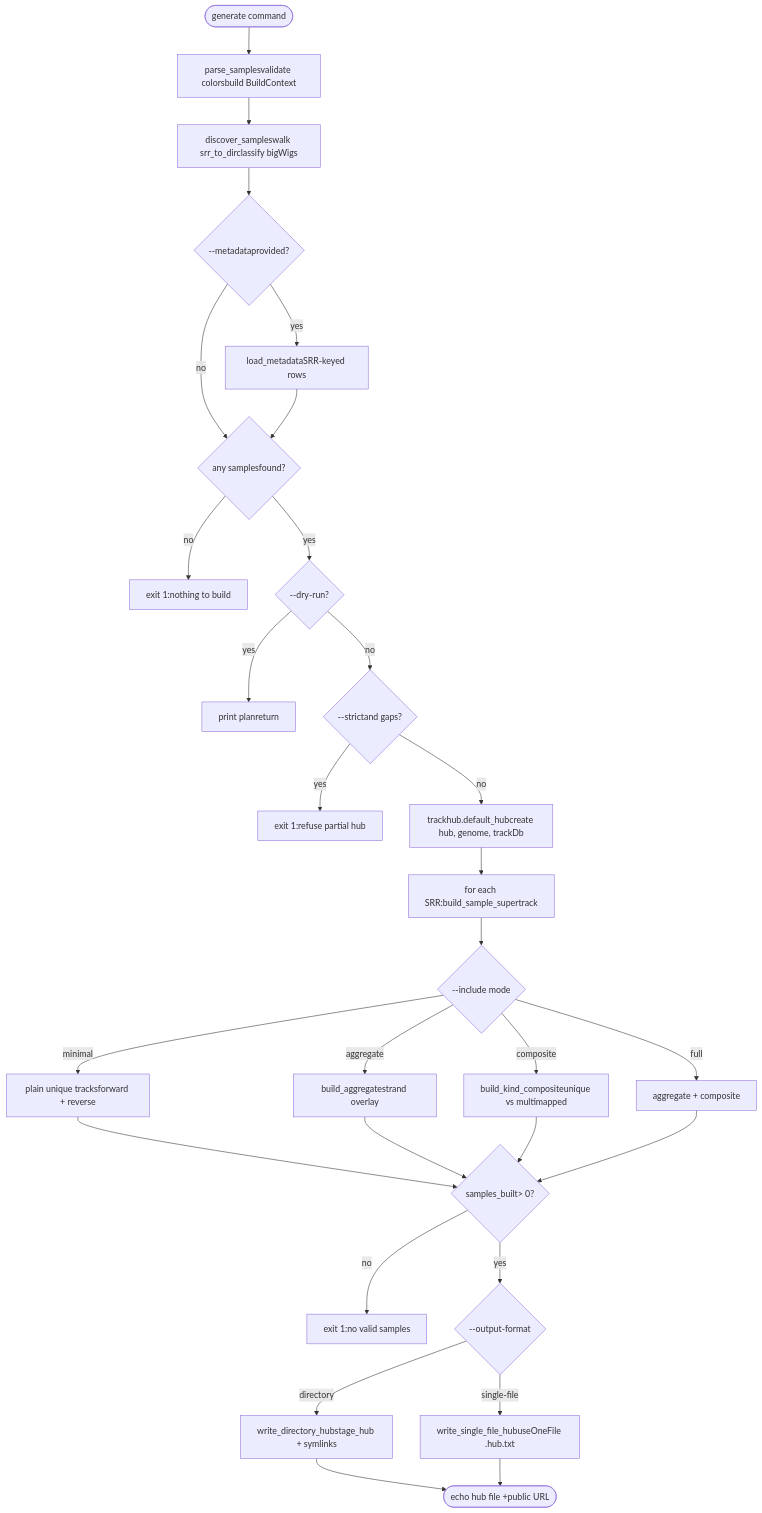
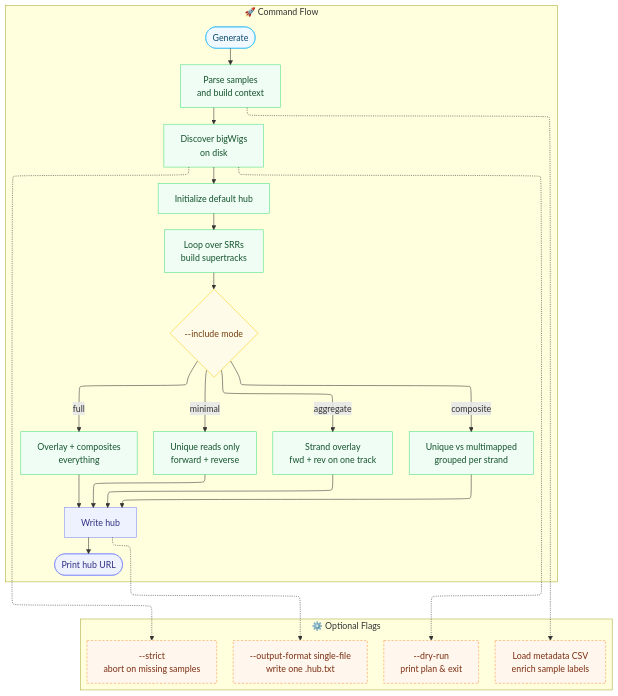
The diagram in README.md (thibautackaert-commits/Internship), drawn with Mermaid before and after one commit.

````diff
--- a/README.md
+++ b/README.md
@@ -6,40 +6,40 @@
 ```mermaid
 flowchart TD
-    Start([generate command]) --> Parse[parse_samplesvalidate colorsbuild BuildContext]
-    Parse --> Discover[discover_sampleswalk srr_to_dirclassify bigWigs]
-    Discover --> LoadMeta{--metadataprovided?}
-    LoadMeta -->|yes| Meta[load_metadataSRR-keyed rows]
-    LoadMeta -->|no| FoundCheck
-    Meta --> FoundCheck{any samplesfound?}
+    %%{init: {"layout": "elk"}}%%
+    classDef input stroke:#38bdf8,fill:#f0f9ff,color:#0c4a6e
+    classDef process stroke:#4ade80,fill:#f0fdf4,color:#14532d
+    classDef decision stroke:#facc15,fill:#fefce8,color:#713f12
+    classDef output stroke:#818cf8,fill:#eef2ff,color:#312e81
+    classDef optional stroke:#fb923c,fill:#fff7ed,color:#7c2d12,stroke-dasharray:4 3
 
-    FoundCheck -->|no| Exit1[exit 1:nothing to build]
-    FoundCheck -->|yes| DryRun{--dry-run?}
+    subgraph "🚀 Command Flow"
+        Start([Generate]):::input --> Parse[Parse samples<br/>and build context]:::process
+        Parse --> Discover[Discover bigWigs<br/>on disk]:::process
+        Discover --> Init[Initialize default hub]:::process
+        Init --> Loop[Loop over SRRs<br/>build supertracks]:::process
+        Loop --> Mode{--include mode}:::decision
 
-    DryRun -->|yes| PrintPlan[print planreturn]
-    DryRun -->|no| Strict{--strictand gaps?}
+        Mode -->|minimal| Min[Unique reads only<br/>forward + reverse]:::process
+        Mode -->|aggregate| Agg[Strand overlay<br/>fwd + rev on one track]:::process
+        Mode -->|composite| Comp[Unique vs multimapped<br/>grouped per strand]:::process
+        Mode -->|full| Full[Overlay + composites<br/>everything]:::process
 
-    Strict -->|yes| Exit2[exit 1:refuse partial hub]
-    Strict -->|no| DefaultHub[trackhub.default_hubcreate hub, genome, trackDb]
+        Min --> Write[Write hub]:::output
+        Agg --> Write
+        Comp --> Write
+        Full --> Write
+        Write --> End([Print hub URL]):::output
+    end
 
-    DefaultHub --> Loop[for each SRR:build_sample_supertrack]
+    subgraph "⚙️ Optional Flags"
+        Meta[Load metadata CSV<br/>enrich sample labels]:::optional
+        Dry[--dry-run<br/>print plan & exit]:::optional
+        Strict[--strict<br/>abort on missing samples]:::optional
+        Single[--output-format single-file<br/>write one .hub.txt]:::optional
+    end
 
-    Loop --> Include{--include mode}
-    Include -->|minimal| Minimal[plain unique tracksforward + reverse]
-    Include -->|aggregate| Agg[build_aggregatestrand overlay]
-    Include -->|composite| Comp[build_kind_compositeunique vs multimapped]
-    Include -->|full| Both[aggregate + composite]
-
-    Minimal --> AnyBuilt{samples_built> 0?}
-    Agg --> AnyBuilt
-    Comp --> AnyBuilt
-    Both --> AnyBuilt
-
-    AnyBuilt -->|no| Exit3[exit 1:no valid samples]
-    AnyBuilt -->|yes| Format{--output-format}
-
-    Format -->|directory| DirHub[write_directory_hubstage_hub + symlinks]
-    Format -->|single-file| SingleHub[write_single_file_hubuseOneFile .hub.txt]
-
-    DirHub --> Done([echo hub file +public URL])
-    SingleHub --> Done
+    Parse -.-> Meta
+    Discover -.-> Dry
+    Discover -.-> Strict
+    Write -.-> Single
 ```
````
